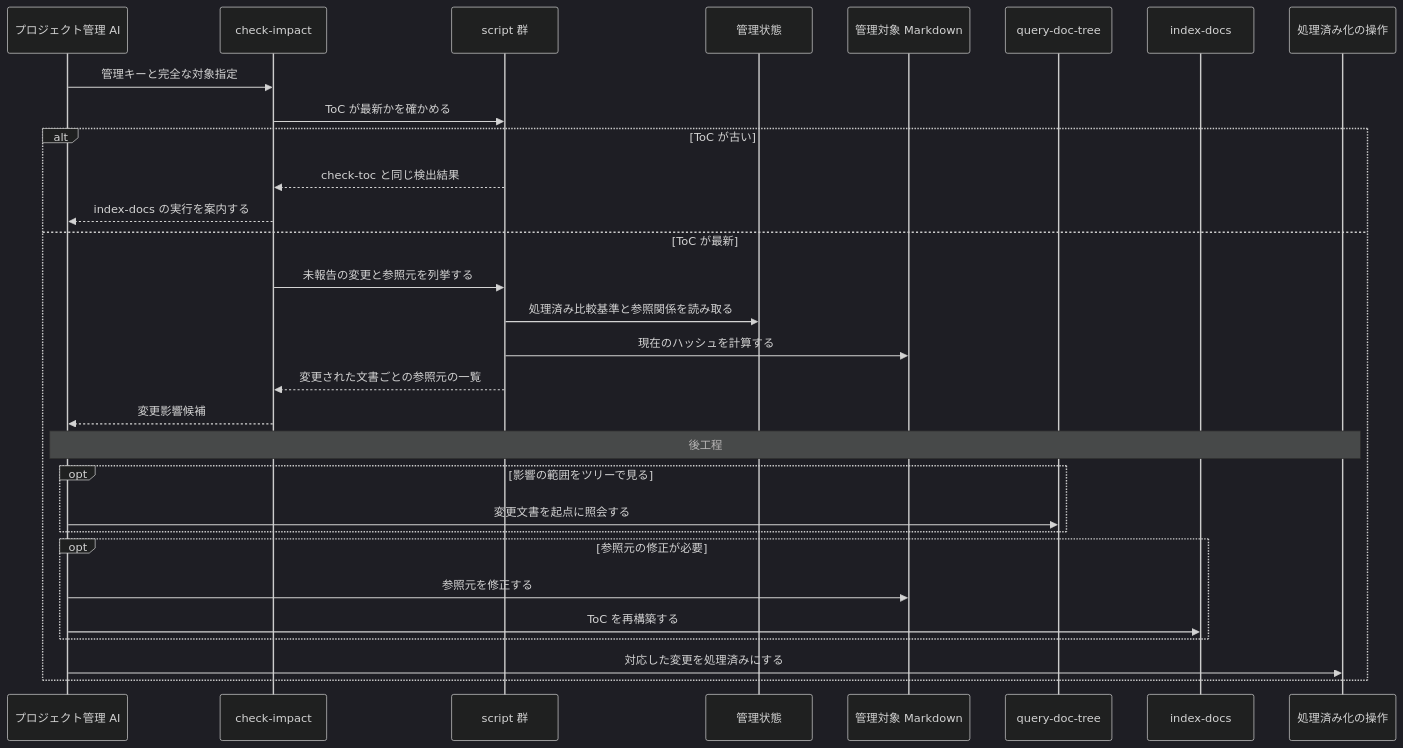
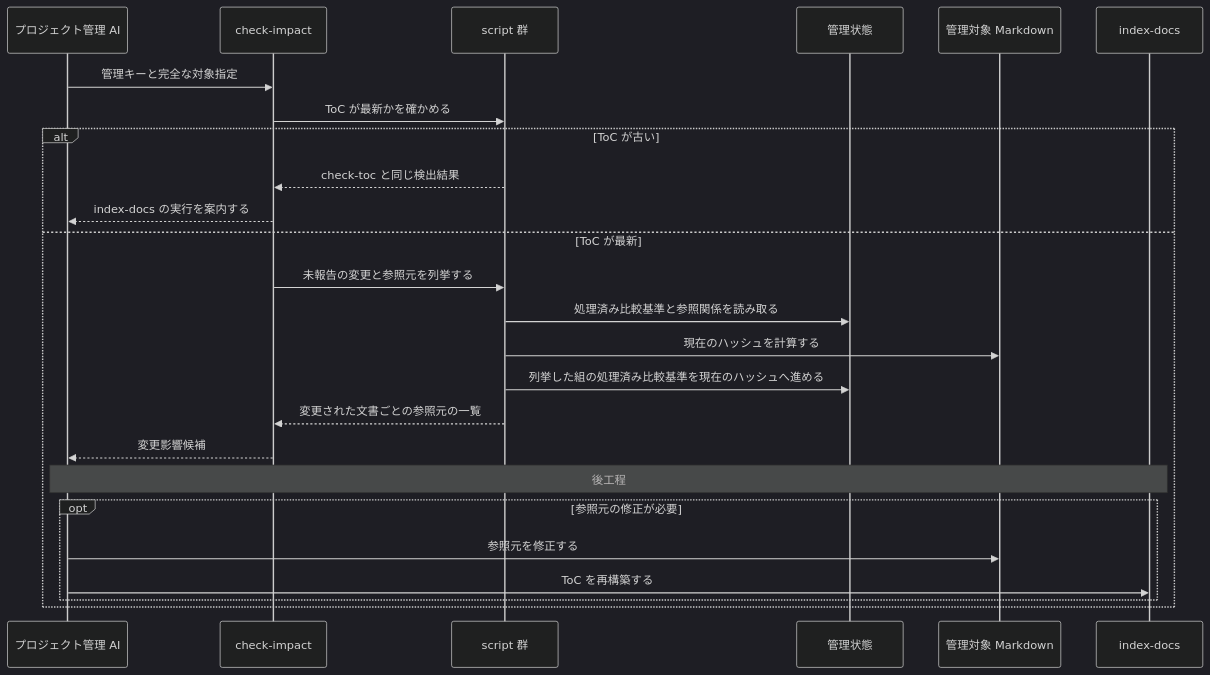
The eighth of 8 diagrams in docs/specs/design/DES-010-skill-composition.md (BlueEventHorizon/doc-link), drawn with Mermaid (dark theme) before and after one commit. The commit also changed other lines of this file and 21 other files, not shown here.

First line of the commit message:
docs: resolve all open requirement items, drop query-doc-tree, use reference-style links

````diff
--- a/docs/specs/design/DES-010-skill-composition.md
+++ b/docs/specs/design/DES-010-skill-composition.md
@@ -316,33 +314,28 @@
 ```mermaid
 sequenceDiagram
     participant PM as プロジェクト管理 AI
     participant Skill as check-impact
     participant Scripts as script 群
     participant DB as 管理状態
     participant Docs as 管理対象 Markdown
-    participant Tree as query-doc-tree
     participant Index as index-docs
-    participant Ack as 処理済み化の操作
 
     PM->>Skill: 管理キーと完全な対象指定
     Skill->>Scripts: ToC が最新かを確かめる
     alt ToC が古い
         Scripts-->>Skill: check-toc と同じ検出結果
         Skill-->>PM: index-docs の実行を案内する
     else ToC が最新
         Skill->>Scripts: 未報告の変更と参照元を列挙する
         Scripts->>DB: 処理済み比較基準と参照関係を読み取る
         Scripts->>Docs: 現在のハッシュを計算する
+        Scripts->>DB: 列挙した組の処理済み比較基準を現在のハッシュへ進める
         Scripts-->>Skill: 変更された文書ごとの参照元の一覧
         Skill-->>PM: 変更影響候補
-        Note over PM,Ack: 後工程
-        opt 影響の範囲をツリーで見る
-            PM->>Tree: 変更文書を起点に照会する
-        end
+        Note over PM,Index: 後工程
         opt 参照元の修正が必要
             PM->>Docs: 参照元を修正する
             PM->>Index: ToC を再構築する
         end
-        PM->>Ack: 対応した変更を処理済みにする
     end
 ```
````
